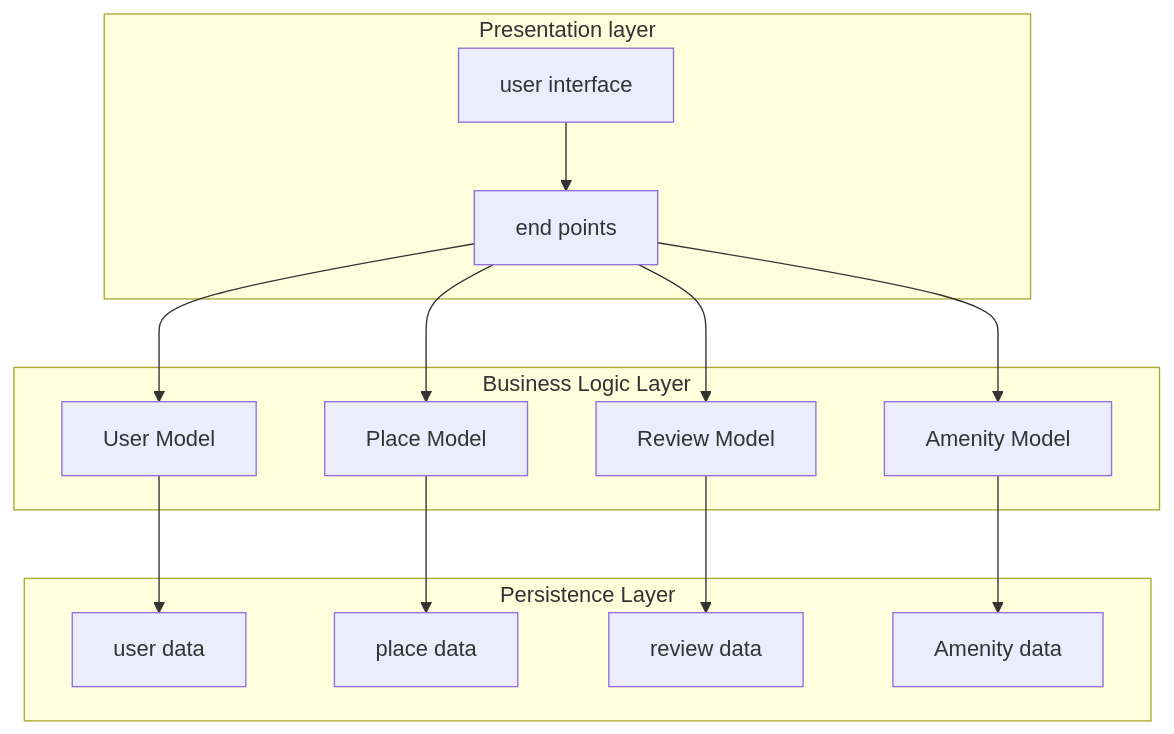
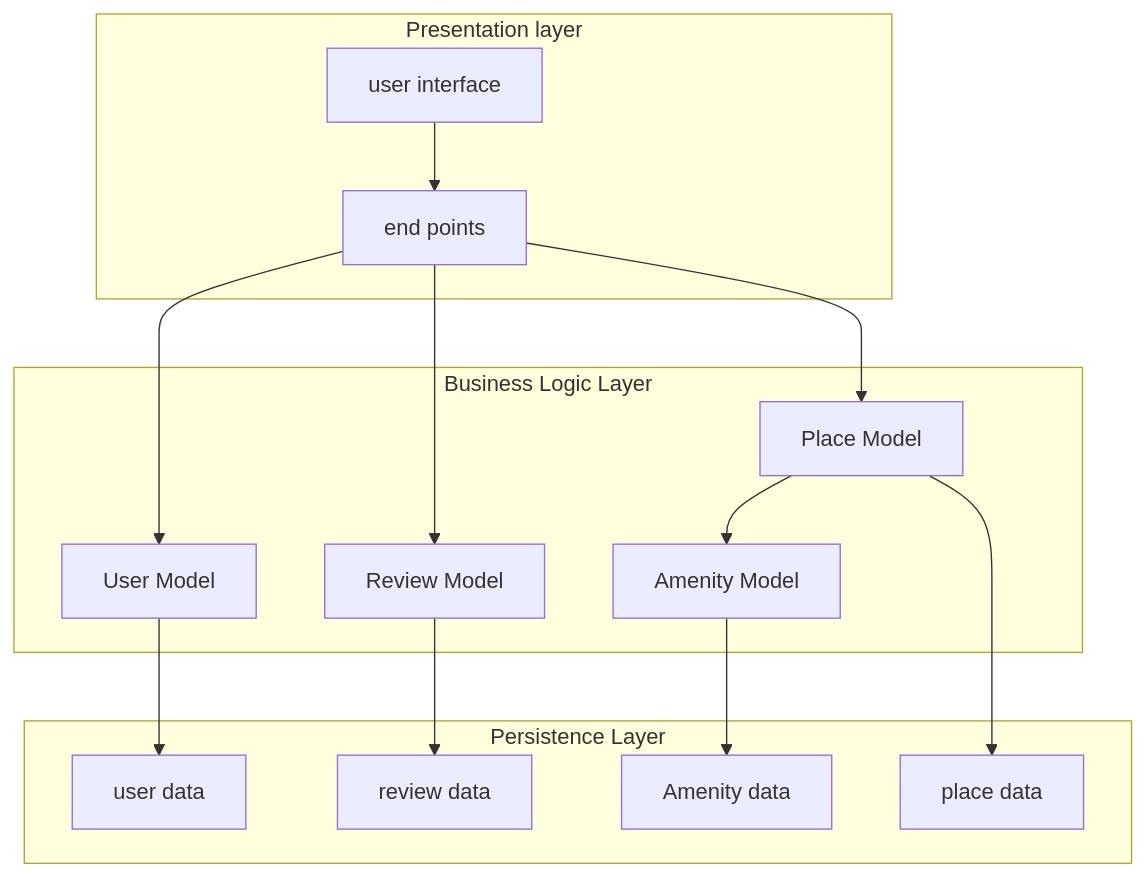
The diagram in UML/High-Level Package Diagram.md (Xdamix1991/holbertonschool-hbnb), drawn with Mermaid before and after one commit. The commit also changed 2 other files, not shown here.

```diff
--- a/UML/High-Level Package Diagram.md
+++ b/UML/High-Level Package Diagram.md
@@ -1,37 +1,37 @@
 ::: mermaid
 
 graph TD;
 
 	subgraph Presentation layer
 		UI[user interface]
 		API[end points]
 	end
 
 	subgraph Business Logic Layer
 		User[User Model]
 		Place[Place Model]
 		Review[Review Model]
 		Amenity[Amenity Model]
 	end
 
 	subgraph Persistence Layer
 		User_repo[user data]
 		Place_repo[place data]
 		Review_repo[review data]
 		Amenity_repo[Amenity data]
 	end
 
 	UI --> API
 
 	API --> User
+	API --> Review
 	API --> Place
-	API --> Review
-	API --> Amenity
+	Place --> Amenity
 
 
 	User --> User_repo
 	Place --> Place_repo
 	Review --> Review_repo
 	Amenity --> Amenity_repo
 
 :::
```
